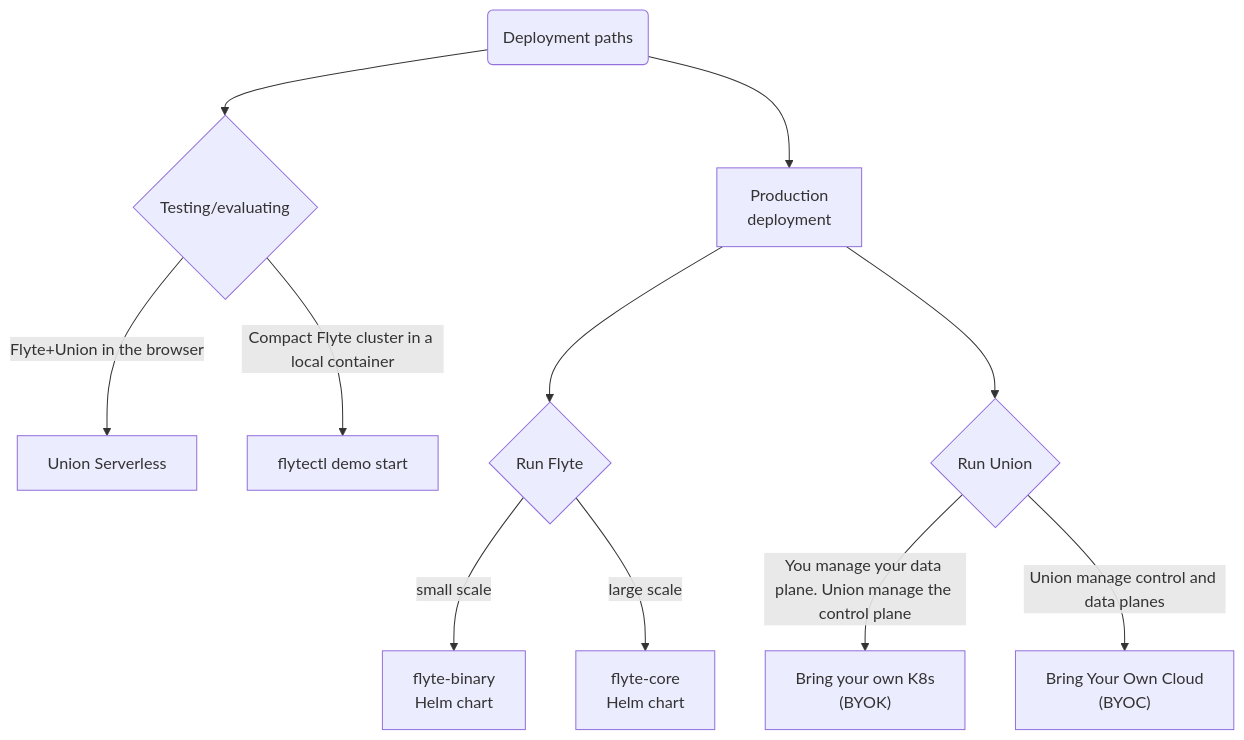
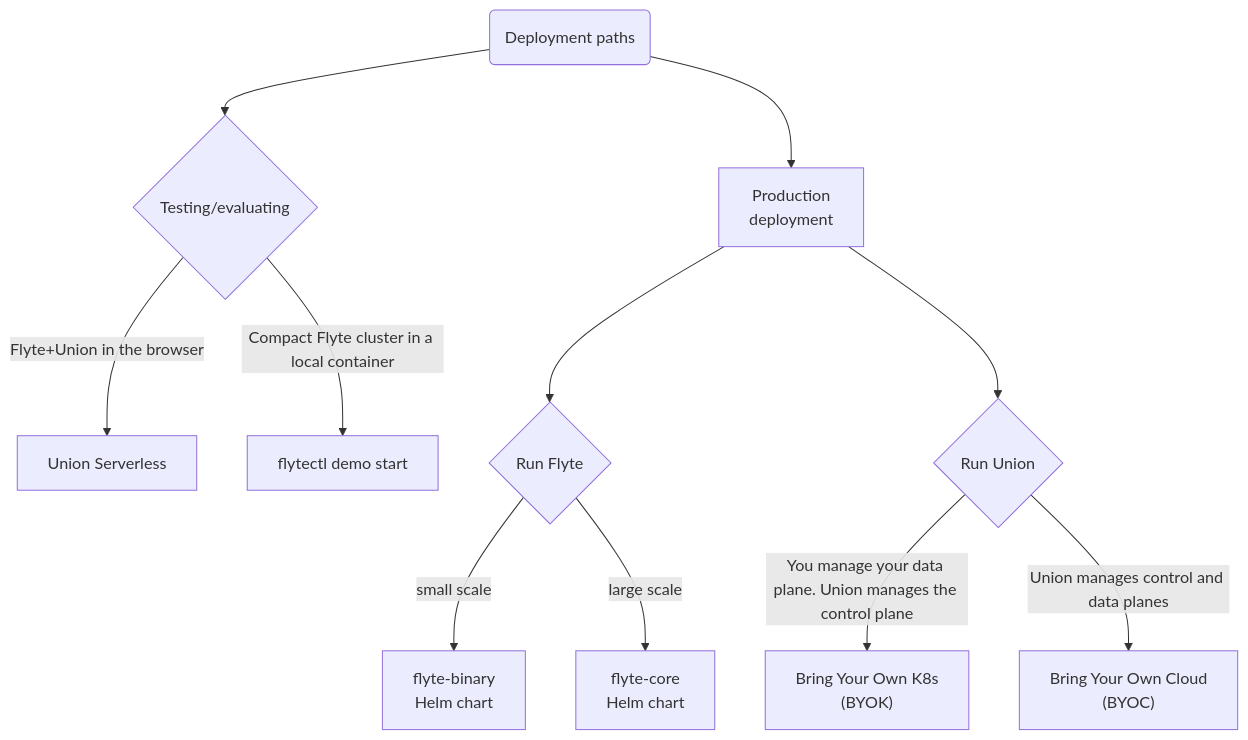
Before and after one commit to unionai/unionai-docs: the diagram in content/deployment/_index.md, drawn with Mermaid. The commit also changed other lines of this file, not shown here.

Commit message:
Content complete deployment overview

````diff
--- a/content/deployment/_index.md
+++ b/content/deployment/_index.md
@@ -28,22 +30,22 @@
 ```mermaid
 flowchart TD
     A("Deployment paths") --> n1["Testing/evaluating"] & n4["Production <br>deployment"]
     n1 -- Flyte+Union in the browser --> n2["Union Serverless<br>"]
     n1 -- Compact Flyte cluster in a local container --> n3["flytectl demo start<br>"]
     n4 --> n5["Run Flyte"] & n8["Run Union"]
     n5 -- small scale --> n6["flyte-binary<br>Helm chart"]
     n5 -- large scale --> n7["flyte-core<br>Helm chart"]
-    n8 -- "You manage your data plane. Union manage the control plane" --> n9["Bring your own K8s<br>(BYOK)"]
-    n8 -- Union manage control and data planes --> n10["Bring Your Own Cloud<br>(BYOC)"]
+    n8 -- "You manage your data plane. Union manages the control plane" --> n9["Bring Your Own K8s<br>(BYOK)"]
+    n8 -- Union manages control and data planes --> n10["Bring Your Own Cloud<br>(BYOC)"]
 
     n1@{ shape: diam}
     n4@{ shape: rect}
     n2@{ shape: rect}
     n3@{ shape: rect}
     n5@{ shape: diam}
     n8@{ shape: diam}
     n6@{ shape: rect}
     n7@{ shape: rect}
     n9@{ shape: rect}
     n10@{ shape: rect}
 ```
````
